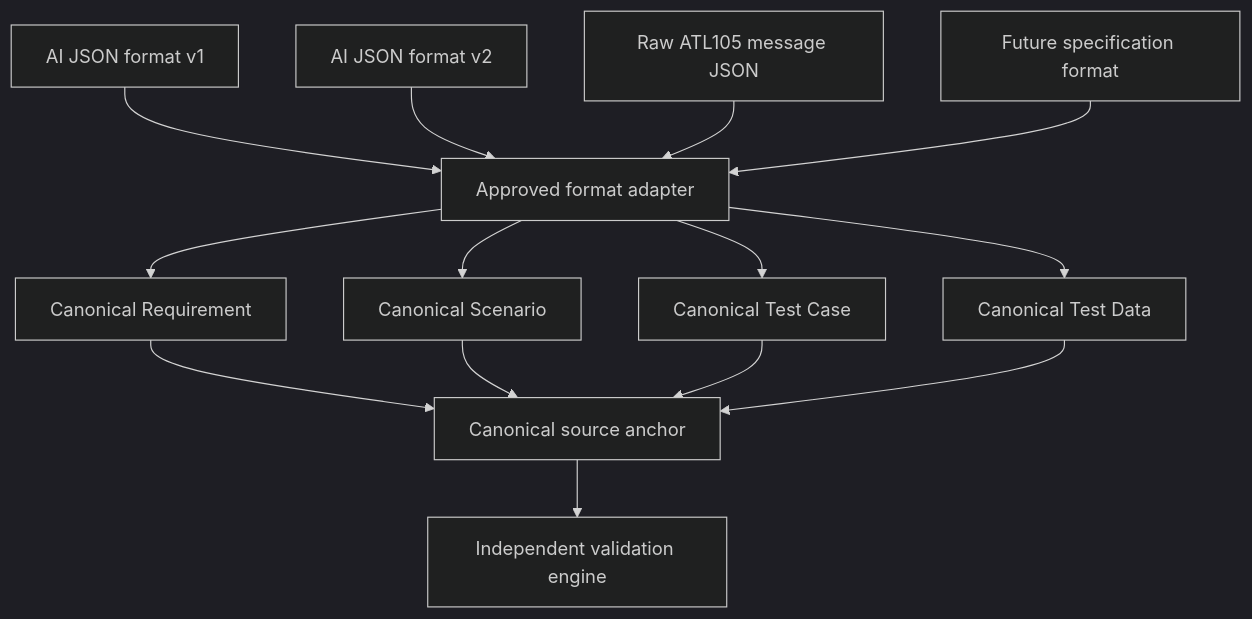
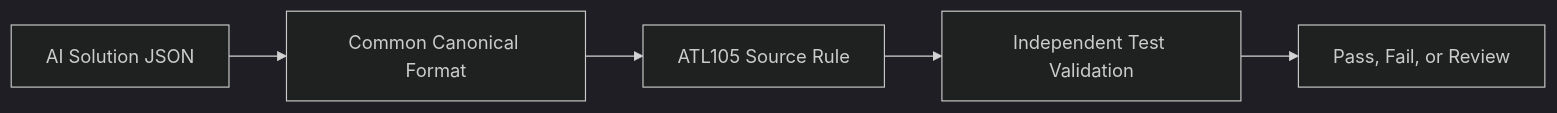
One commit to DhanSingh-hub/core-auth-ai-validation-framework changed the first of 2 diagrams in regression-artifact-validator/docs/test-validation-strategy/presentations/AI-Generation-Output-Validation-Presentation.md. Above: the diagram before and after it, drawn with Mermaid (dark theme). The commit also changed other lines of this file and 32 other files, not shown here.

````diff
--- a/regression-artifact-validator/docs/test-validation-strategy/presentations/AI-Generation-Output-Validation-Presentation.md
+++ b/regression-artifact-validator/docs/test-validation-strategy/presentations/AI-Generation-Output-Validation-Presentation.md
@@ -70,16 +67,7 @@
 ```mermaid
-flowchart TD
-    A[AI JSON format v1] --> E[Approved format adapter]
-    B[AI JSON format v2] --> E
-    C[Raw ATL105 message JSON] --> E
-    D[Future specification format] --> E
-    E --> F[Canonical Requirement]
-    E --> G[Canonical Scenario]
-    E --> H[Canonical Test Case]
-    E --> I[Canonical Test Data]
-    F --> J[Canonical source anchor]
-    G --> J
-    H --> J
-    I --> J
-    J --> K[Independent validation engine]
+flowchart LR
+  A[AI Solution JSON] --> B[Common Canonical Format]
+  B --> C[ATL105 Source Rule]
+  C --> D[Independent Test Validation]
+  D --> E[Pass, Fail, or Review]
 ```
````
